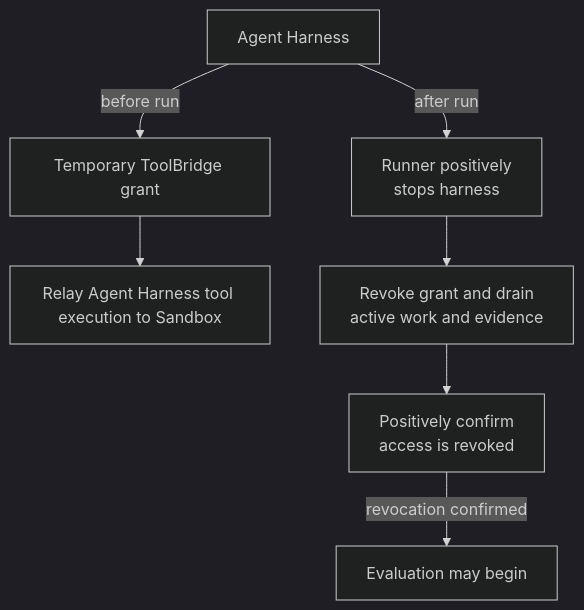
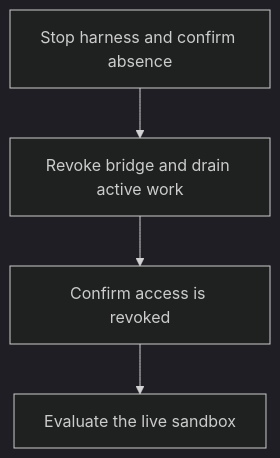
Before and after one commit to hyscale-lab/ARIES: the diagram in docs/design/bridge.md, drawn with Mermaid (dark theme). The commit also changed other lines of this file and 41 other files, not shown here.

````diff
--- a/docs/design/bridge.md
+++ b/docs/design/bridge.md
@@ -15,14 +33,8 @@
 ```mermaid
 flowchart TB
-    H[Agent Harness]
-    G[Temporary ToolBridge grant]
-    C[Relay Agent Harness tool execution to Sandbox]
-    S[Runner positively<br/>stops harness]
-    R[Revoke grant and drain<br/>active work and evidence]
-    P[Positively confirm<br/>access is revoked]
-    E[Evaluation may begin]
-
-    H -->|before run| G --> C
-    H -->|after run| S --> R --> P
-    P -->|revocation confirmed| E
+    H[Stop harness and confirm absence]
+    R[Revoke bridge and drain active work]
+    P[Confirm access is revoked]
+    E[Evaluate the live sandbox]
+    H --> R --> P --> E
 ```
````
